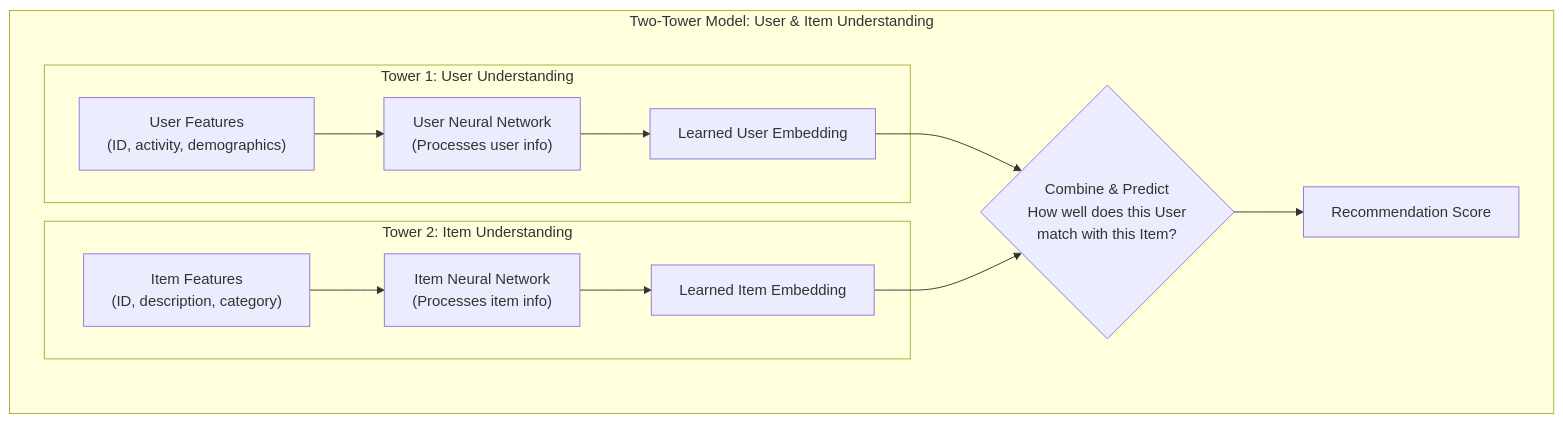
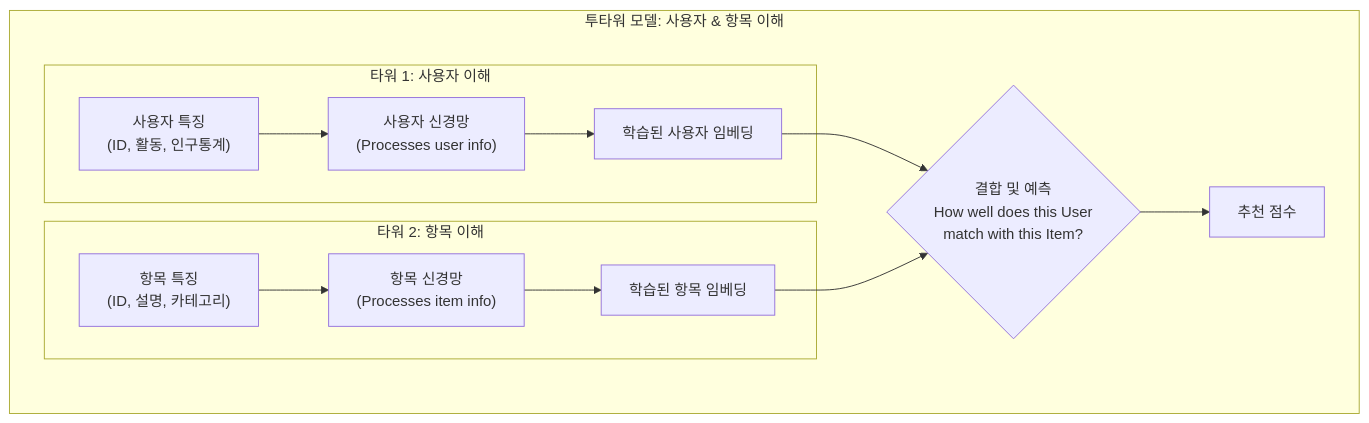
One commit to gh-shin/suggest-models-example changed the ninth of 11 diagrams in ConstructivistLearningPath.md. Above: the diagram before and after it, drawn with Mermaid. The commit also changed other lines of this file and 1 other file, not shown here.

````diff
--- a/ConstructivistLearningPath.md
+++ b/ConstructivistLearningPath.md
@@ -326,17 +324,17 @@
     ```mermaid
     graph TD
-        subgraph "Two-Tower Model: User & Item Understanding"
+        subgraph "투타워 모델: 사용자 & 항목 이해"
             direction LR
-            subgraph "Tower 1: User Understanding"
-                U_Feat["User Features\n(ID, activity, demographics)"] --> U_NN["User Neural Network\n(Processes user info)"] --> U_Embed["Learned User Embedding"]
+            subgraph "타워 1: 사용자 이해"
+                U_Feat["사용자 특징\n(ID, 활동, 인구통계)"] --> U_NN["사용자 신경망\n(Processes user info)"] --> U_Embed["학습된 사용자 임베딩"]
             end
 
-            subgraph "Tower 2: Item Understanding"
-                I_Feat["Item Features\n(ID, description, category)"] --> I_NN["Item Neural Network\n(Processes item info)"] --> I_Embed["Learned Item Embedding"]
+            subgraph "타워 2: 항목 이해"
+                I_Feat["항목 특징\n(ID, 설명, 카테고리)"] --> I_NN["항목 신경망\n(Processes item info)"] --> I_Embed["학습된 항목 임베딩"]
             end
 
-            U_Embed --> Combine{"Combine & Predict\nHow well does this User\nmatch with this Item?"}
+            U_Embed --> Combine{"결합 및 예측\nHow well does this User\nmatch with this Item?"}
             I_Embed --> Combine
-            Combine --> Prediction["Recommendation Score"]
+            Combine --> Prediction["추천 점수"]
         end
     ```
````
